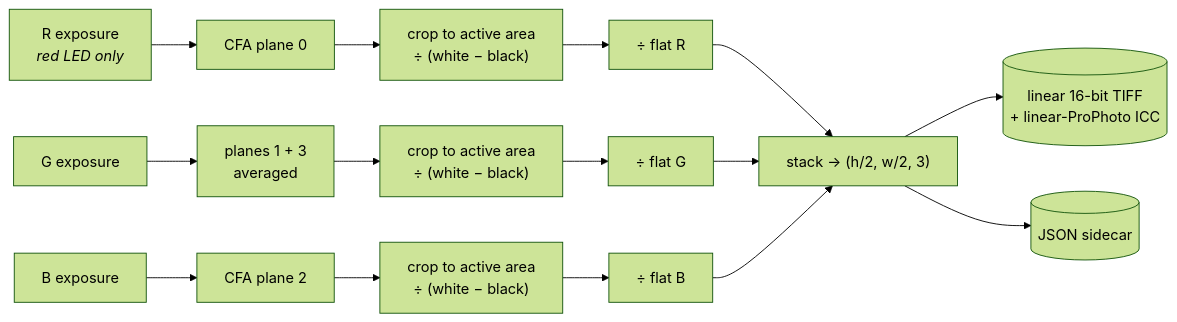
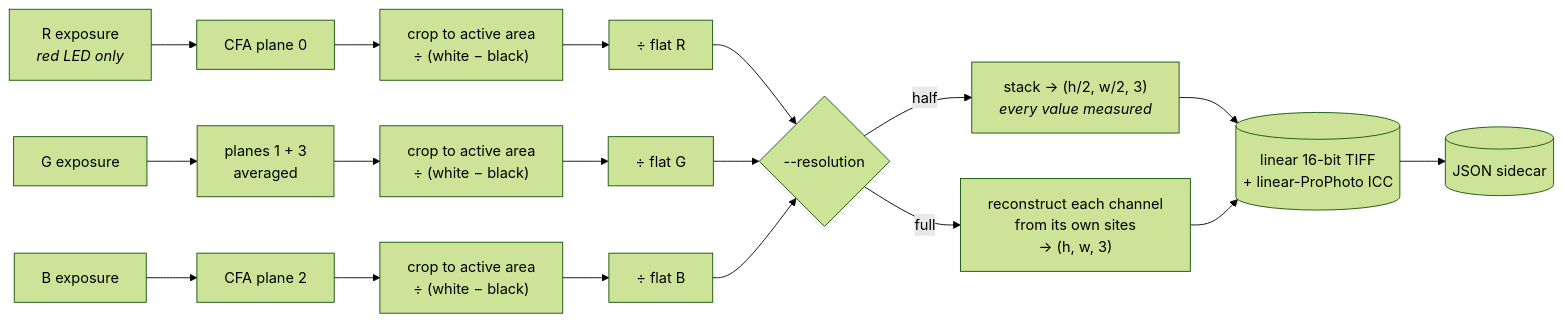
Before and after one commit to dzleidig/trichrombine: the diagram in CLAUDE.md, drawn with Mermaid (forest theme). The commit also changed other lines of this file and 8 other files, not shown here.

First line of the commit message:
Reconstruct each channel to full sensor resolution (#5)

````diff
--- a/CLAUDE.md
+++ b/CLAUDE.md
@@ -190,13 +233,17 @@
 ```mermaid
 flowchart LR
     R["R exposure<br/><i>red LED only</i>"] --> RP["CFA plane 0"]
     G["G exposure"] --> GP["planes 1 + 3<br/>averaged"]
     B["B exposure"] --> BP["CFA plane 2"]
 
     RP --> RN["crop to active area<br/>÷ (white − black)"] --> RF["÷ flat R"] --> S
     GP --> GN["crop to active area<br/>÷ (white − black)"] --> GF["÷ flat G"] --> S
     BP --> BN["crop to active area<br/>÷ (white − black)"] --> BF["÷ flat B"] --> S
 
-    S["stack → (h/2, w/2, 3)"] --> TIFF[("linear 16-bit TIFF<br/>+ linear-ProPhoto ICC")]
-    S --> JSON[("JSON sidecar")]
+    S{"--resolution"}
+    S -->|half| HALF["stack → (h/2, w/2, 3)<br/><i>every value measured</i>"]
+    S -->|full| FULL["reconstruct each channel<br/>from its own sites<br/>→ (h, w, 3)"]
+    HALF --> TIFF[("linear 16-bit TIFF<br/>+ linear-ProPhoto ICC")]
+    FULL --> TIFF
+    TIFF --> JSON[("JSON sidecar")]
 ```
````
